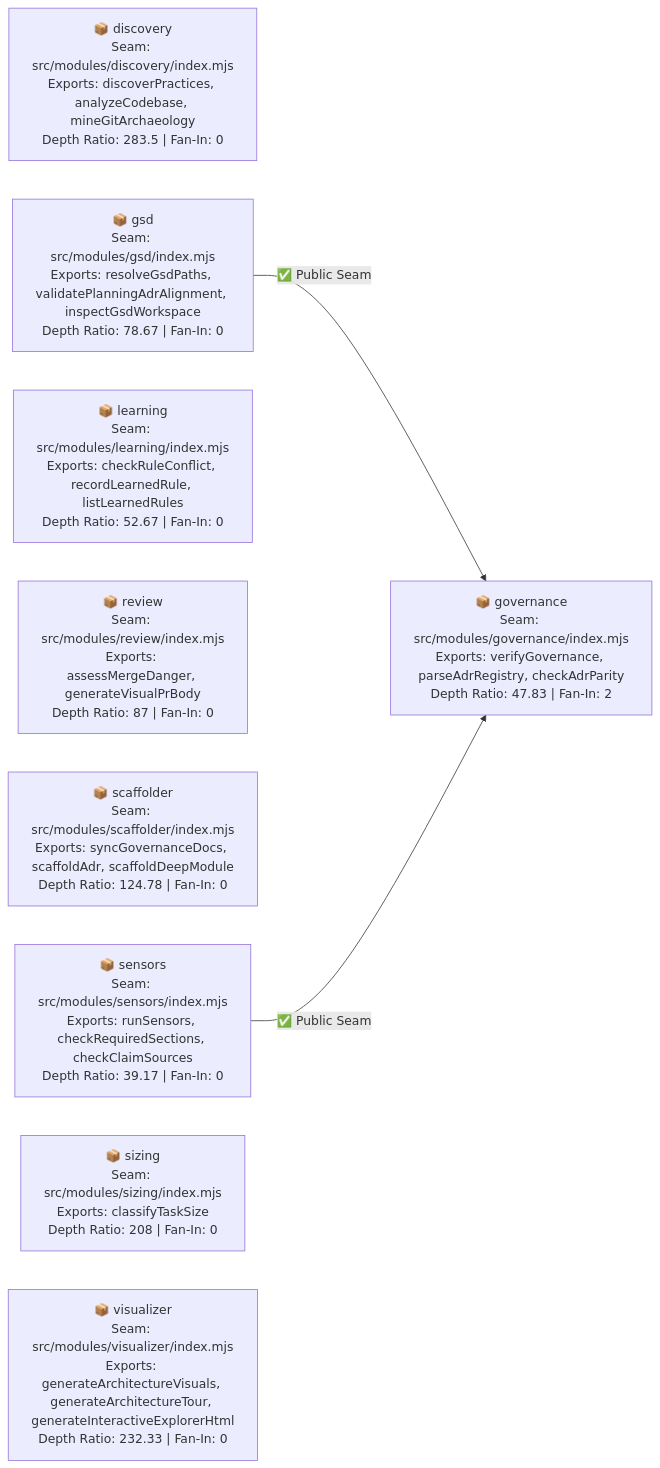
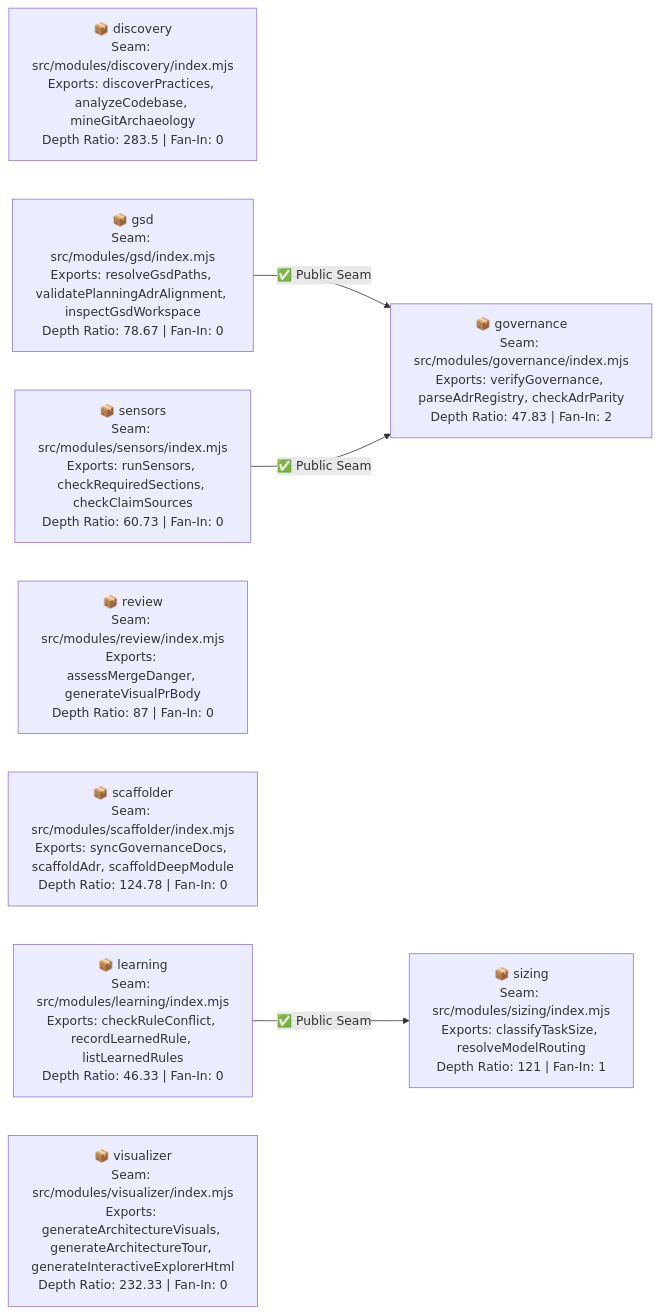
One commit to bpoti001/software-factory changed the second of 5 diagrams in docs/architecture/VISUAL_ARCHITECTURE.md. Above: the diagram before and after it, drawn with Mermaid. The commit also changed other lines of this file and 29 other files, not shown here.

````diff
--- a/docs/architecture/VISUAL_ARCHITECTURE.md
+++ b/docs/architecture/VISUAL_ARCHITECTURE.md
@@ -39,14 +39,15 @@
 ```mermaid
 flowchart LR
     M_discovery["📦 discovery<br/>Seam: src/modules/discovery/index.mjs<br/>Exports: discoverPractices, analyzeCodebase, mineGitArchaeology<br/>Depth Ratio: 283.5 | Fan-In: 0"]
     M_governance["📦 governance<br/>Seam: src/modules/governance/index.mjs<br/>Exports: verifyGovernance, parseAdrRegistry, checkAdrParity<br/>Depth Ratio: 47.83 | Fan-In: 2"]
     M_gsd["📦 gsd<br/>Seam: src/modules/gsd/index.mjs<br/>Exports: resolveGsdPaths, validatePlanningAdrAlignment, inspectGsdWorkspace<br/>Depth Ratio: 78.67 | Fan-In: 0"]
-    M_learning["📦 learning<br/>Seam: src/modules/learning/index.mjs<br/>Exports: checkRuleConflict, recordLearnedRule, listLearnedRules<br/>Depth Ratio: 52.67 | Fan-In: 0"]
+    M_learning["📦 learning<br/>Seam: src/modules/learning/index.mjs<br/>Exports: checkRuleConflict, recordLearnedRule, listLearnedRules<br/>Depth Ratio: 46.33 | Fan-In: 0"]
     M_review["📦 review<br/>Seam: src/modules/review/index.mjs<br/>Exports: assessMergeDanger, generateVisualPrBody<br/>Depth Ratio: 87 | Fan-In: 0"]
     M_scaffolder["📦 scaffolder<br/>Seam: src/modules/scaffolder/index.mjs<br/>Exports: syncGovernanceDocs, scaffoldAdr, scaffoldDeepModule<br/>Depth Ratio: 124.78 | Fan-In: 0"]
-    M_sensors["📦 sensors<br/>Seam: src/modules/sensors/index.mjs<br/>Exports: runSensors, checkRequiredSections, checkClaimSources<br/>Depth Ratio: 39.17 | Fan-In: 0"]
-    M_sizing["📦 sizing<br/>Seam: src/modules/sizing/index.mjs<br/>Exports: classifyTaskSize<br/>Depth Ratio: 208 | Fan-In: 0"]
+    M_sensors["📦 sensors<br/>Seam: src/modules/sensors/index.mjs<br/>Exports: runSensors, checkRequiredSections, checkClaimSources<br/>Depth Ratio: 60.73 | Fan-In: 0"]
+    M_sizing["📦 sizing<br/>Seam: src/modules/sizing/index.mjs<br/>Exports: classifyTaskSize, resolveModelRouting<br/>Depth Ratio: 121 | Fan-In: 1"]
     M_visualizer["📦 visualizer<br/>Seam: src/modules/visualizer/index.mjs<br/>Exports: generateArchitectureVisuals, generateArchitectureTour, generateInteractiveExplorerHtml<br/>Depth Ratio: 232.33 | Fan-In: 0"]
     M_gsd -->|"✅ Public Seam"| M_governance
+    M_learning -->|"✅ Public Seam"| M_sizing
     M_sensors -->|"✅ Public Seam"| M_governance
 ```
````
